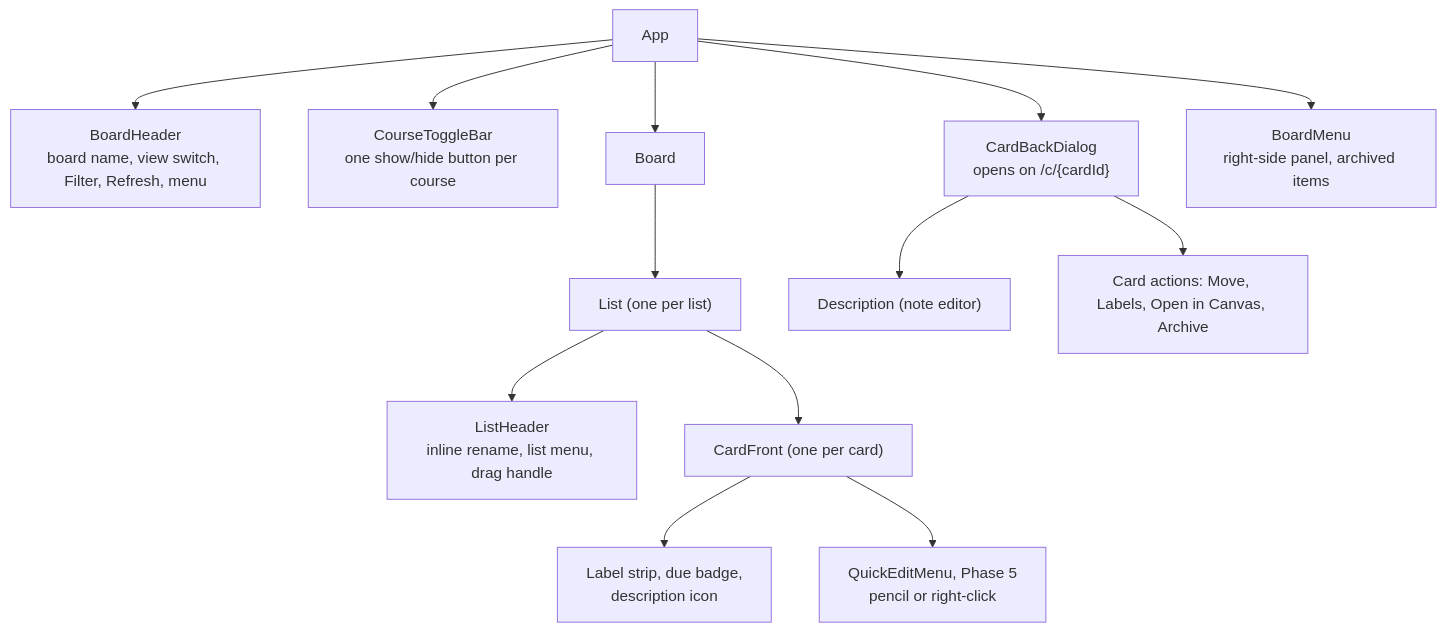
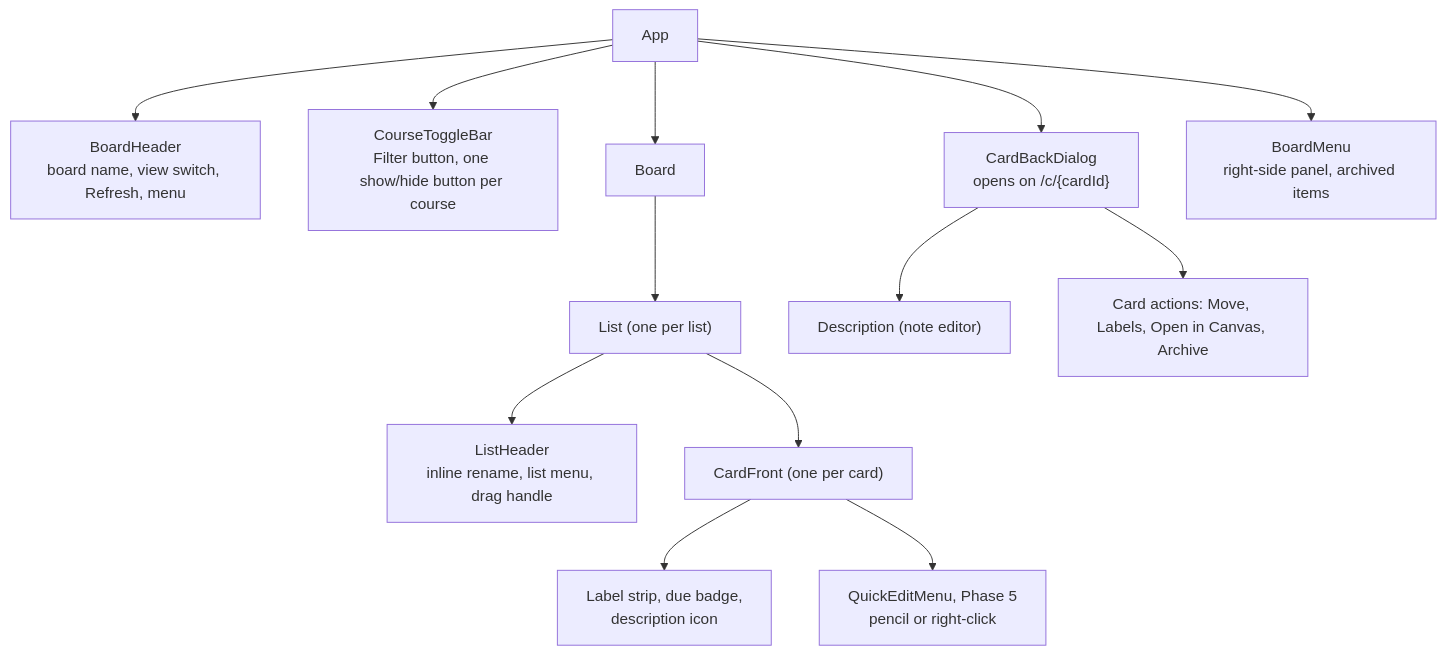
Before and after one commit to bbranton/TestProj: the fifth of 5 diagrams in docs/canvas-portal/03-design.md, drawn with Mermaid. The commit also changed other lines of this file and 3 other files, not shown here.

First line of the commit message:
Move the Filter button into the course button row

````diff
--- a/docs/canvas-portal/03-design.md
+++ b/docs/canvas-portal/03-design.md
@@ -393,15 +393,15 @@
 ```mermaid
 flowchart TD
-    App --> Header["BoardHeader<br/>board name, view switch, Filter, Refresh, menu"]
-    App --> Toggles["CourseToggleBar<br/>one show/hide button per course"]
+    App --> Header["BoardHeader<br/>board name, view switch, Refresh, menu"]
+    App --> Toggles["CourseToggleBar<br/>Filter button, one show/hide button per course"]
     App --> Board
     App --> CardBack["CardBackDialog<br/>opens on /c/{cardId}"]
     App --> BoardMenu["BoardMenu<br/>right-side panel, archived items"]
     Board --> List["List (one per list)"]
     List --> ListHeader["ListHeader<br/>inline rename, list menu, drag handle"]
     List --> Card["CardFront (one per card)"]
     Card --> Badges["Label strip, due badge,<br/>description icon"]
     Card --> QuickEdit["QuickEditMenu, Phase 5<br/>pencil or right-click"]
     CardBack --> Desc["Description (note editor)"]
     CardBack --> Sidebar["Card actions: Move, Labels, Open in Canvas, Archive"]
 ```
````
